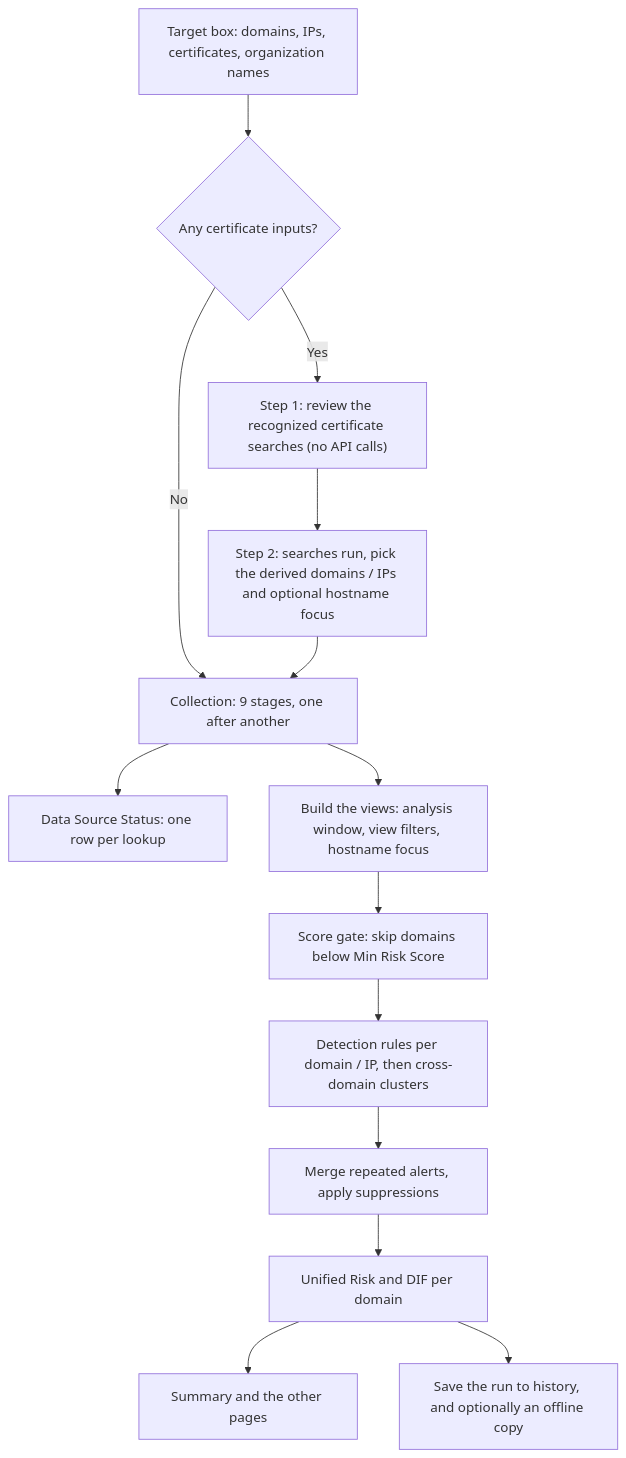
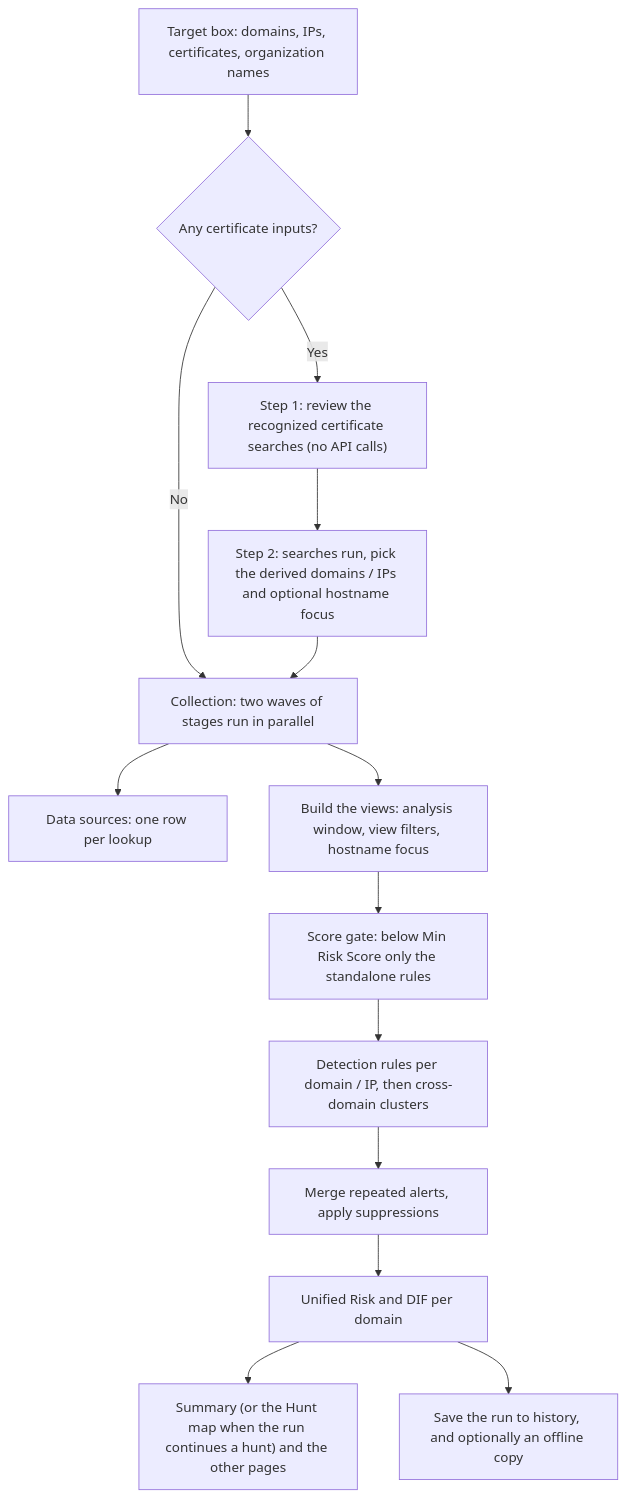
Before and after one commit to mmesojedec/DomainTools_Analysis_Detection: the first of 8 diagrams in docs/WORKFLOWS.md, drawn with Mermaid. The commit also changed other lines of this file and 101 other files, not shown here.

````diff
--- a/docs/WORKFLOWS.md
+++ b/docs/WORKFLOWS.md
@@ -26,16 +26,16 @@
 ```mermaid
 flowchart TD
     A["Target box: domains, IPs, certificates, organization names"] --> B{"Any certificate inputs?"}
     B -- "No" --> E
     B -- "Yes" --> C["Step 1: review the recognized certificate searches (no API calls)"]
     C --> D["Step 2: searches run, pick the derived domains / IPs and optional hostname focus"]
-    D --> E["Collection: 9 stages, one after another"]
-    E --> F["Data Source Status: one row per lookup"]
+    D --> E["Collection: two waves of stages run in parallel"]
+    E --> F["Data sources: one row per lookup"]
     E --> G["Build the views: analysis window, view filters, hostname focus"]
-    G --> H["Score gate: skip domains below Min Risk Score"]
+    G --> H["Score gate: below Min Risk Score only the standalone rules"]
     H --> I["Detection rules per domain / IP, then cross-domain clusters"]
     I --> J["Merge repeated alerts, apply suppressions"]
     J --> K["Unified Risk and DIF per domain"]
-    K --> L["Summary and the other pages"]
+    K --> L["Summary (or the Hunt map when the run continues a hunt) and the other pages"]
     K --> M["Save the run to history, and optionally an offline copy"]
 ```
````
